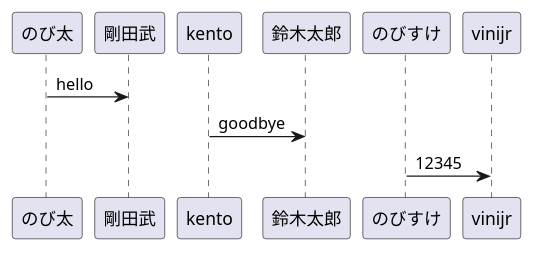
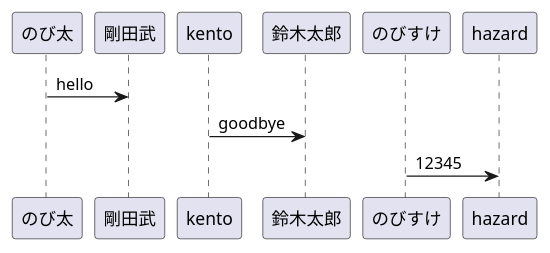
One commit to daichi-kiyozaki/puml_to_svg_transfer_into_conf changed the diagram in test3.puml. Above: the diagram before and after it, drawn with PlantUML.

```diff
--- a/test3.puml
+++ b/test3.puml
@@ -1,5 +1,5 @@
 @startuml
 のび太 -> 剛田武 : hello
 kento -> 鈴木太郎 : goodbye
-のびすけ -> vinijr : 12345
+のびすけ -> hazard : 12345
 @enduml
```
